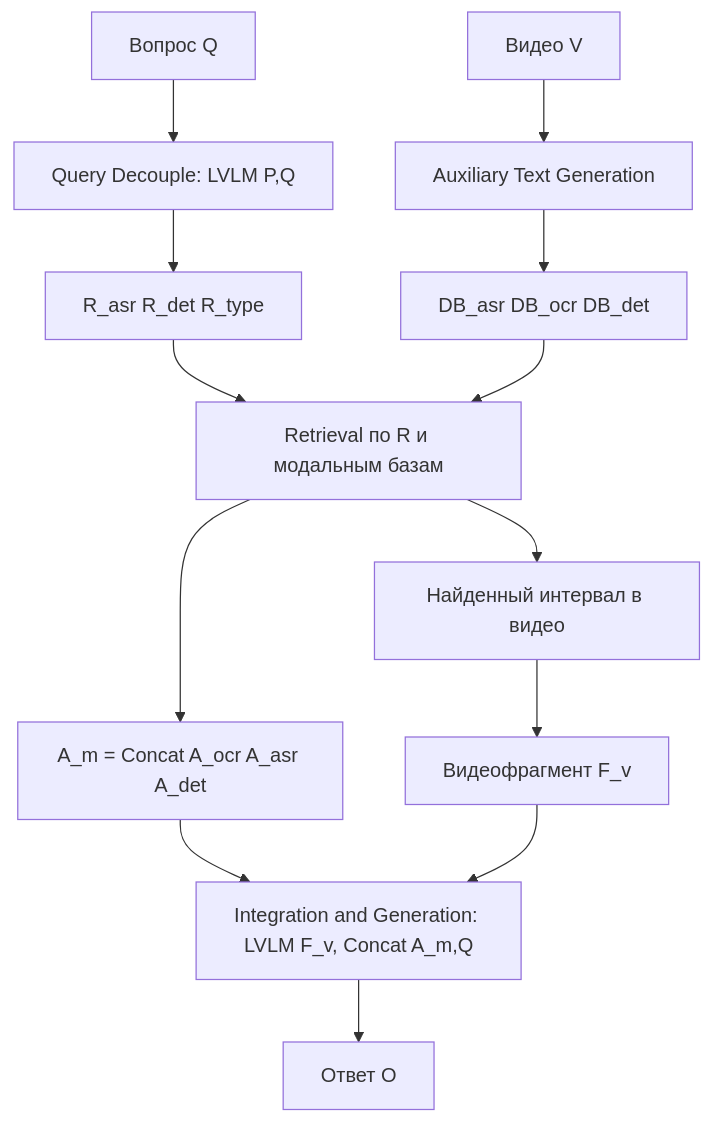
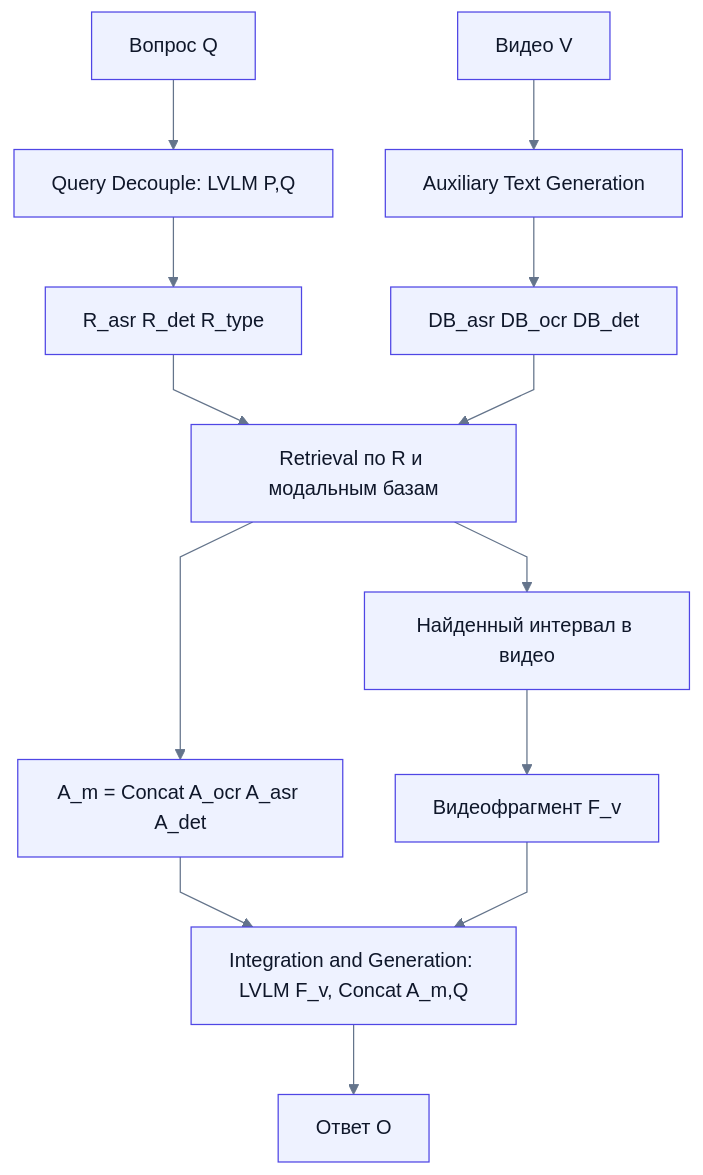
One commit to maxlyara1/video-rag-research changed the diagram in README.md. Above: the diagram before and after it, drawn with Mermaid. The commit also changed 1 other file, not shown here.

Commit message:
Polish final project docs and messages

````diff
--- a/README.md
+++ b/README.md
@@ -20,18 +20,19 @@
 ```mermaid
+%%{init: {"theme":"base","themeVariables":{"background":"#FFFFFF","primaryColor":"#EEF2FF","primaryBorderColor":"#4F46E5","primaryTextColor":"#0F172A","lineColor":"#64748B","fontFamily":"ui-sans-serif, -apple-system, BlinkMacSystemFont, Segoe UI, sans-serif"},"flowchart":{"curve":"linear","nodeSpacing":42,"rankSpacing":56}}}%%
 flowchart TD
     Q[Вопрос Q] --> D[Query Decouple: LVLM P,Q]
     D --> R[R_asr R_det R_type]
 
     V[Видео V] --> AUX[Auxiliary Text Generation]
     AUX --> DB[DB_asr DB_ocr DB_det]
 
     R --> RET[Retrieval по R и модальным базам]
     DB --> RET
     RET --> AM[A_m = Concat A_ocr A_asr A_det]
     RET --> INT[Найденный интервал в видео]
     INT --> FV[Видеофрагмент F_v]
 
     AM --> GEN[Integration and Generation: LVLM F_v, Concat A_m,Q]
     FV --> GEN
     GEN --> O[Ответ O]
 ```
````
